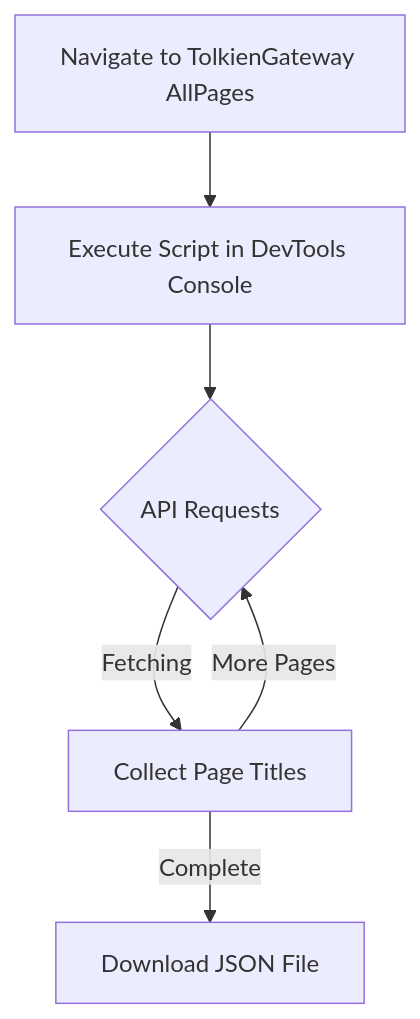
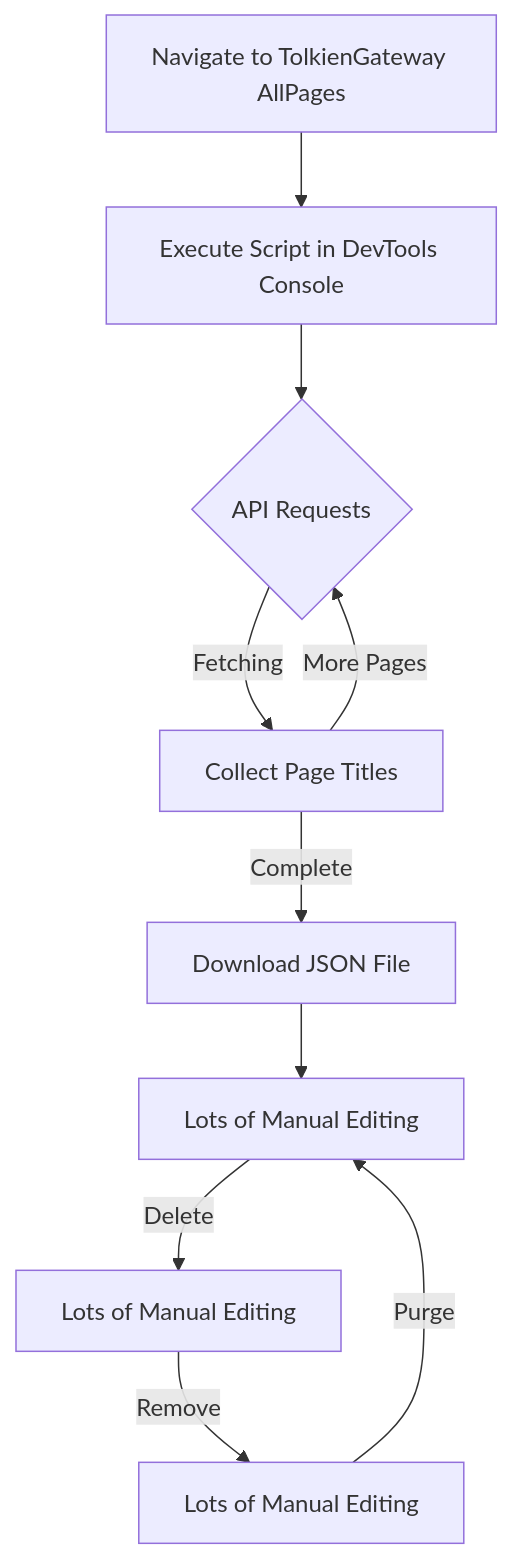
Before and after one commit to stereoabuse/Metal-Earth: the diagram in src/gateway_download/tolkien_gateway_download_process.md, drawn with Mermaid. The commit also changed 6 other files, not shown here.

````diff
--- a/src/gateway_download/tolkien_gateway_download_process.md
+++ b/src/gateway_download/tolkien_gateway_download_process.md
@@ -6,8 +6,12 @@
 ```mermaid
 flowchart TD
     A[Navigate to TolkienGateway AllPages] --> B[Execute Script in DevTools Console]
     B --> C{API Requests}
     C -->|Fetching| D[Collect Page Titles]
     D -->|More Pages| C
     D -->|Complete| E[Download JSON File]
+    E --> F[Lots of Manual Editing]
+    F --> |Delete|F1[Lots of Manual Editing]
+    F1 --> |Remove|F2[Lots of Manual Editing]
+    F2 --> |Purge|F
 ```
````
